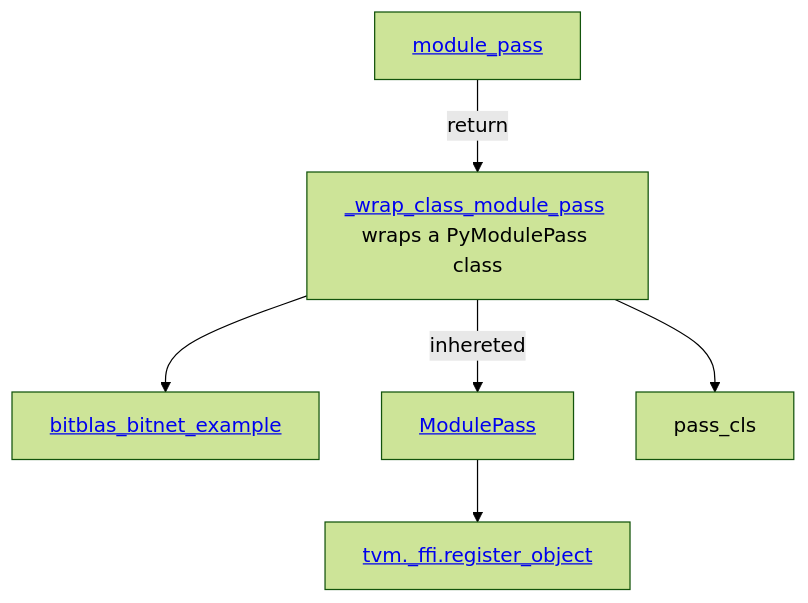
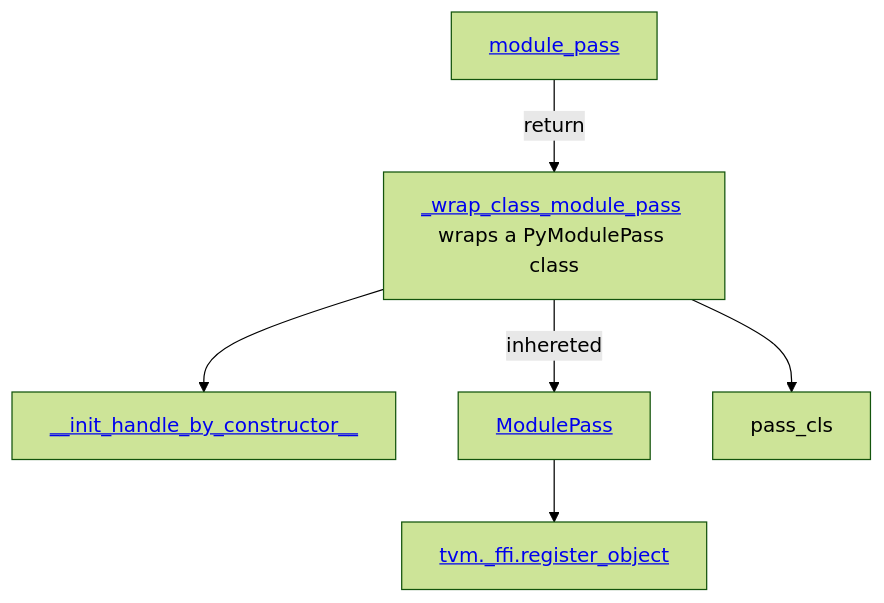
The second of 2 diagrams in README.md (w32zhong/BitBLAS), drawn with Mermaid (forest theme) before and after one commit.

````diff
--- a/README.md
+++ b/README.md
@@ -144,11 +144,11 @@
 ```mermaid
 graph TD;
    module_pass[<a href="https://github.com/LeiWang1999/tvm/blob/618306ce3baa2c606d43856afbe6655e4e67b2c8/python/tvm/ir/transform.py#L325">module_pass</a>]
    _wrap_class_module_pass[<a href="https://github.com/LeiWang1999/tvm/tree/618306ce3baa2c606d43856afbe6655e4e67b2c8/python/tvm/ir/transform.py#L293">_wrap_class_module_pass</a> wraps a PyModulePass class]
-   __init_handle_by_constructor__[<a href="https://github.com/LeiWang1999/tvm/tree/618306ce3baa2c606d43856afbe6655e4e67b2c8/python/tvm/ir/transform.py#L309">bitblas_bitnet_example</a>]
+   __init_handle_by_constructor__[<a href="https://github.com/LeiWang1999/tvm/tree/618306ce3baa2c606d43856afbe6655e4e67b2c8/python/tvm/ir/transform.py#L309">__init_handle_by_constructor__</a>]
    ModulePass[<a href="https://github.com/LeiWang1999/tvm/blob/618306ce3baa2c606d43856afbe6655e4e67b2c8/python/tvm/ir/transform.py#L242">ModulePass</a>]
    register_object[<a href="https://github.com/LeiWang1999/tvm/blob/618306ce3baa2c606d43856afbe6655e4e67b2c8/python/tvm/_ffi/registry.py#L41-L82">tvm._ffi.register_object</a>]
    module_pass -->|return| _wrap_class_module_pass --> pass_cls
    _wrap_class_module_pass --> __init_handle_by_constructor__
    _wrap_class_module_pass -->|inhereted| ModulePass --> register_object
 ```
````
